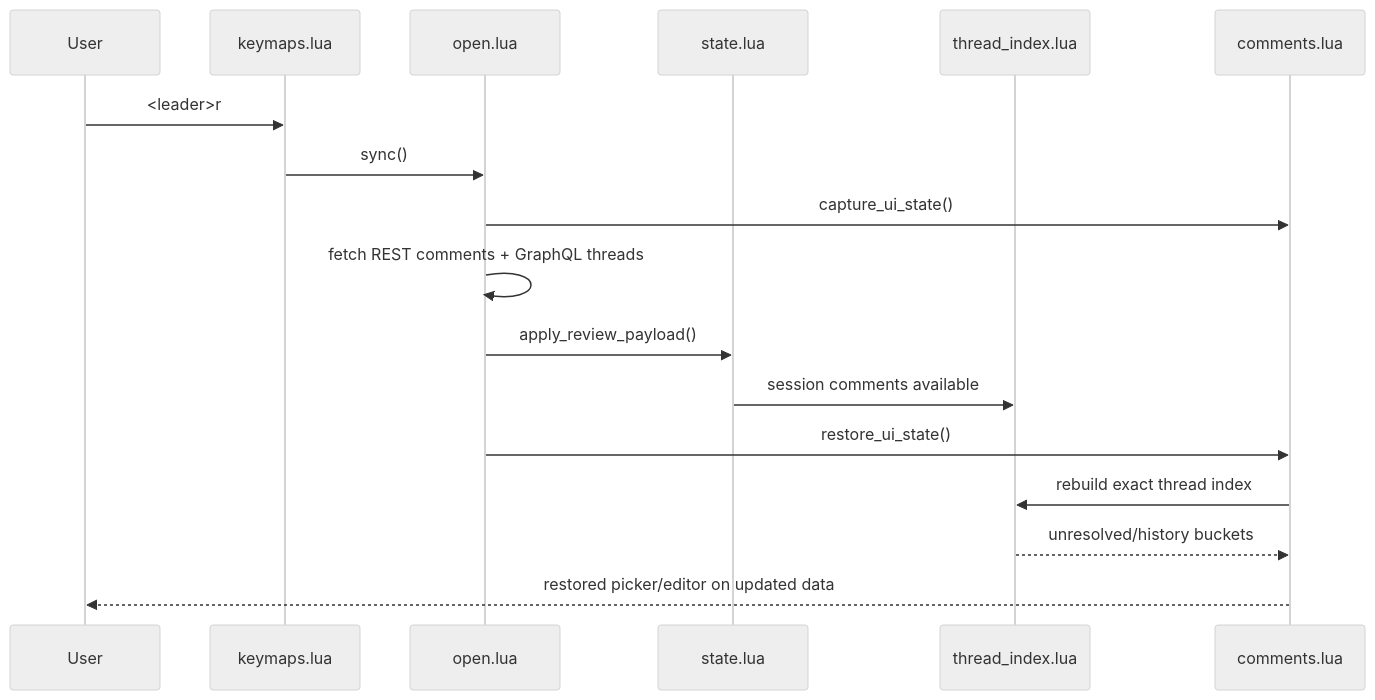
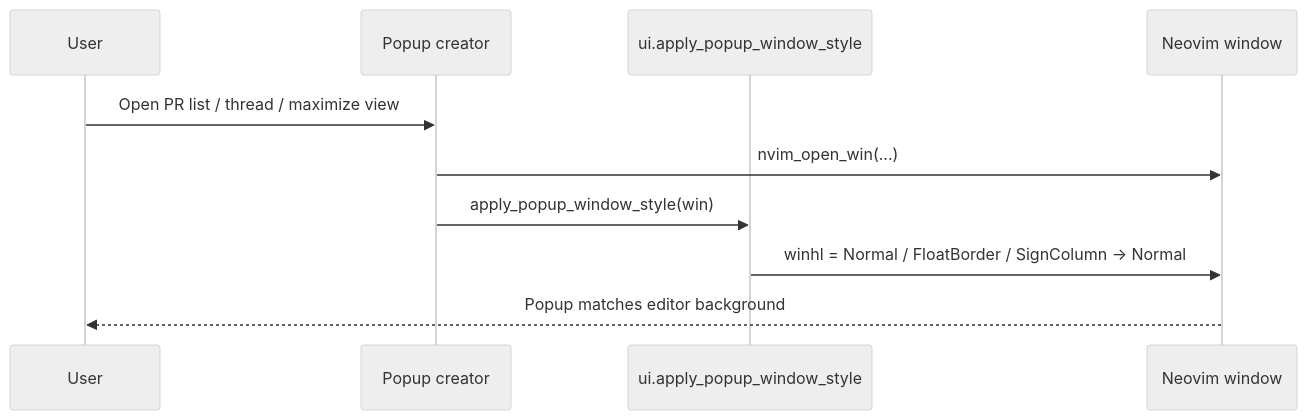
Before and after one commit to bajor/nvim-raccoon: the second of 2 diagrams in ARCHITECTURE_DIFF.md, drawn with Mermaid (neutral theme). The commit also changed other lines of this file and 8 other files, not shown here.

````diff
--- a/ARCHITECTURE_DIFF.md
+++ b/ARCHITECTURE_DIFF.md
@@ -23,20 +20,13 @@
 ```mermaid
 sequenceDiagram
     participant U as User
-    participant K as keymaps.lua
-    participant O as open.lua
-    participant S as state.lua
-    participant T as thread_index.lua
-    participant C as comments.lua
+    participant P as Popup creator
+    participant UI as ui.apply_popup_window_style
+    participant NV as Neovim window
 
-    U->>K: <leader>r
-    K->>O: sync()
-    O->>C: capture_ui_state()
-    O->>O: fetch REST comments + GraphQL threads
-    O->>S: apply_review_payload()
-    S->>T: session comments available
-    O->>C: restore_ui_state()
-    C->>T: rebuild exact thread index
-    T-->>C: unresolved/history buckets
-    C-->>U: restored picker/editor on updated data
+    U->>P: Open PR list / thread / maximize view
+    P->>NV: nvim_open_win(...)
+    P->>UI: apply_popup_window_style(win)
+    UI->>NV: winhl = Normal / FloatBorder / SignColumn -> Normal
+    NV-->>U: Popup matches editor background
 ```
````
